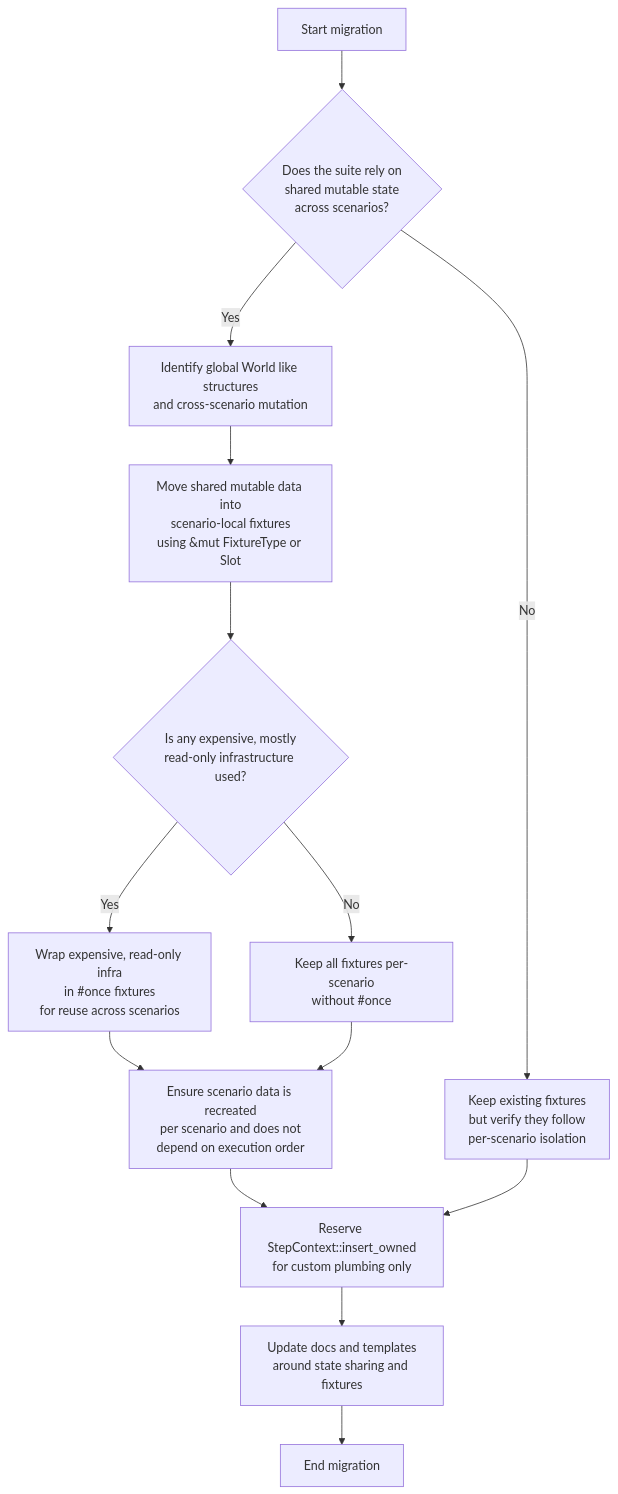
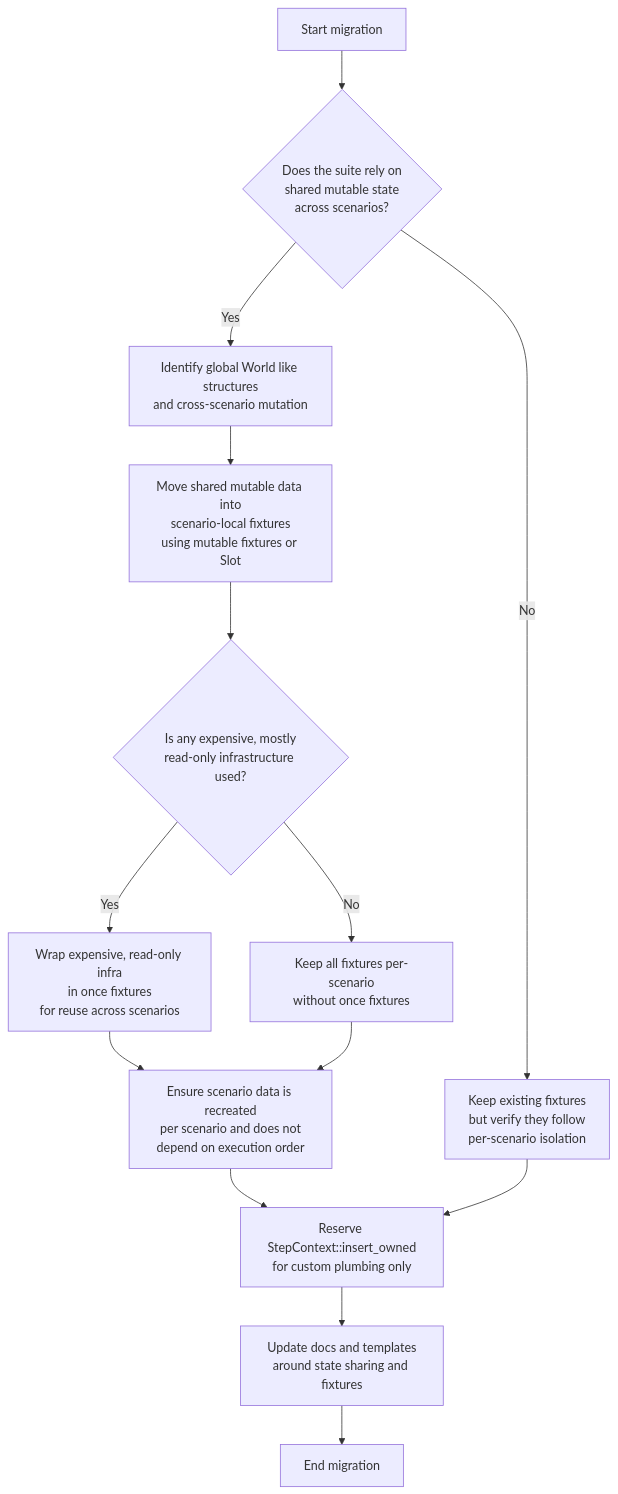
The diagram in docs/rstest-bdd-v0-5-0-migration-guide.md (leynos/netsuke), drawn with Mermaid before and after one commit. The commit also changed 2 other files, not shown here.

Commit message:
Fix Mermaid diagram validation (#83)
Quote Mermaid node labels that contain punctuation or explicit line breaks so
nixie can parse the documentation diagrams reliably.

Keep the documentation content unchanged while making the diagrams compatible
with the repository validation gate.

````diff
--- a/docs/rstest-bdd-v0-5-0-migration-guide.md
+++ b/docs/rstest-bdd-v0-5-0-migration-guide.md
@@ -106,22 +106,22 @@
 ```mermaid
 flowchart TD
-    A[Start migration] --> B{"Does the suite rely on<br/>shared mutable state<br/>across scenarios?"}
+    A["Start migration"] --> B{"Does the suite rely on<br/>shared mutable state<br/>across scenarios?"}
 
     B -- Yes --> C["Identify global World like structures<br/>and cross-scenario mutation"]
-    C --> D["Move shared mutable data into<br/>scenario-local fixtures<br/>using &mut FixtureType or Slot"]
+    C --> D["Move shared mutable data into<br/>scenario-local fixtures<br/>using mutable fixtures or Slot"]
     D --> E{"Is any expensive, mostly<br/>read-only infrastructure used?"}
 
-    E -- Yes --> F["Wrap expensive, read-only infra<br/>in #once fixtures<br/>for reuse across scenarios"]
-    E -- No --> G["Keep all fixtures per-scenario<br/>without #once"]
+    E -- Yes --> F["Wrap expensive, read-only infra<br/>in once fixtures<br/>for reuse across scenarios"]
+    E -- No --> G["Keep all fixtures per-scenario<br/>without once fixtures"]
 
     F --> H["Ensure scenario data is recreated<br/>per scenario and does not<br/>depend on execution order"]
     G --> H
 
     B -- No --> I["Keep existing fixtures<br/>but verify they follow<br/>per-scenario isolation"]
 
     H --> J["Reserve StepContext::insert_owned<br/>for custom plumbing only"]
     I --> J
 
     J --> K["Update docs and templates<br/>around state sharing and fixtures"]
-    K --> L[End migration]
+    K --> L["End migration"]
 ```
````
